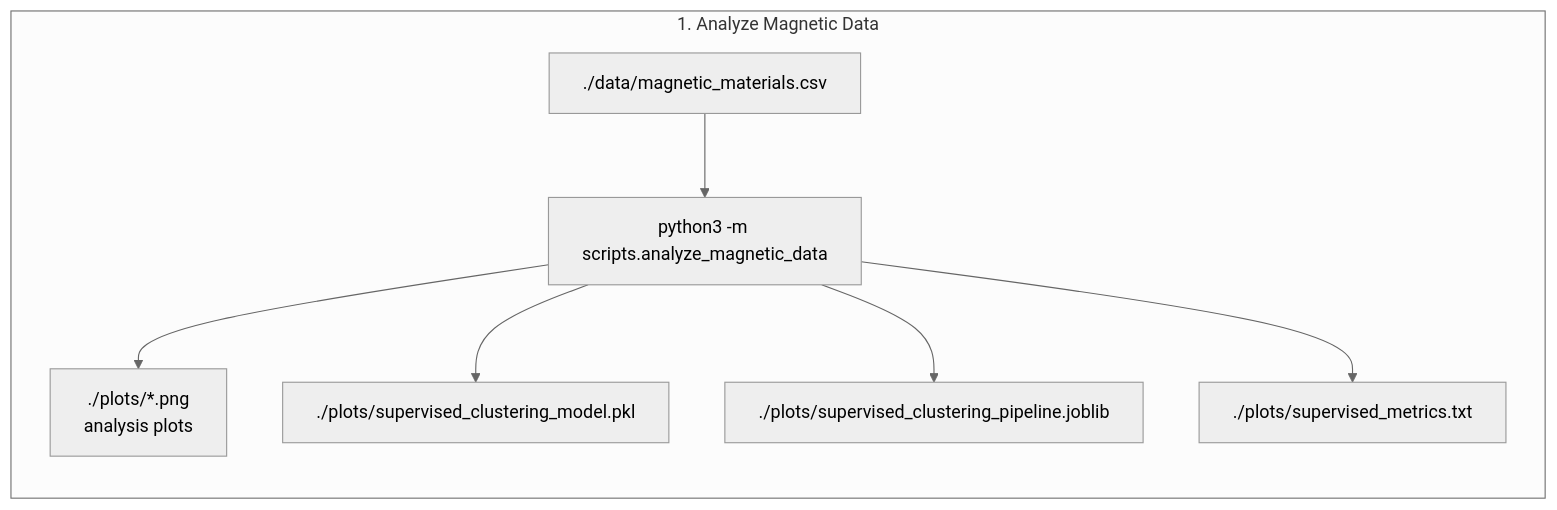
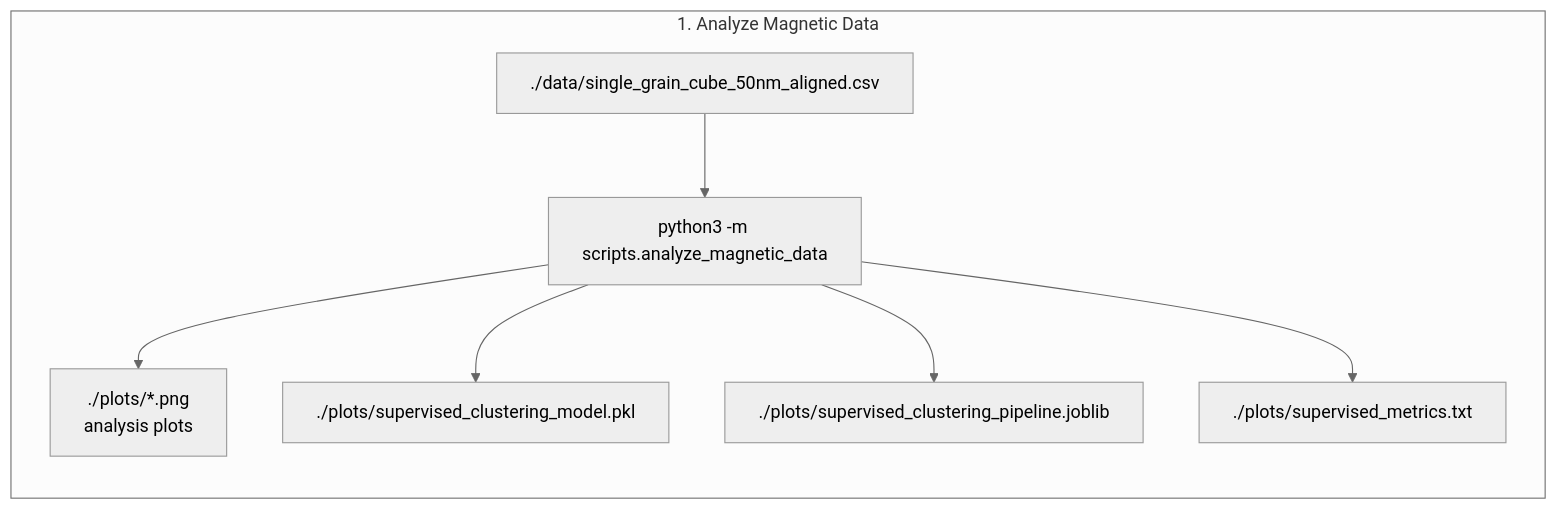
One commit to MaMMoS-project/ML-models changed the first of 3 diagrams in beyond-stoner-wohlfarth/single-grain-easy-axis-model/README.md. Above: the diagram before and after it, drawn with Mermaid (neutral theme). The commit also changed other lines of this file and 13 other files, not shown here.

Commit message:
single-grain-easy-axis: add validation against v1 dataset

````diff
--- a/beyond-stoner-wohlfarth/single-grain-easy-axis-model/README.md
+++ b/beyond-stoner-wohlfarth/single-grain-easy-axis-model/README.md
@@ -29,14 +29,14 @@
 ```mermaid
 flowchart LR
 
     subgraph cluster_0["1. Analyze Magnetic Data"]
         direction TB
 
-        A0["./data/magnetic_materials.csv"] --> B0["python3 -m scripts.analyze_magnetic_data"]
+        A0["./data/single_grain_cube_50nm_aligned.csv"] --> B0["python3 -m scripts.analyze_magnetic_data"]
 
         B0 --> O1["./plots/*.png<br/>analysis plots"]
         B0 --> O2["./plots/supervised_clustering_model.pkl"]
         B0 --> O3["./plots/supervised_clustering_pipeline.joblib"]
         B0 --> O4["./plots/supervised_metrics.txt"]
     end
 ```
````
